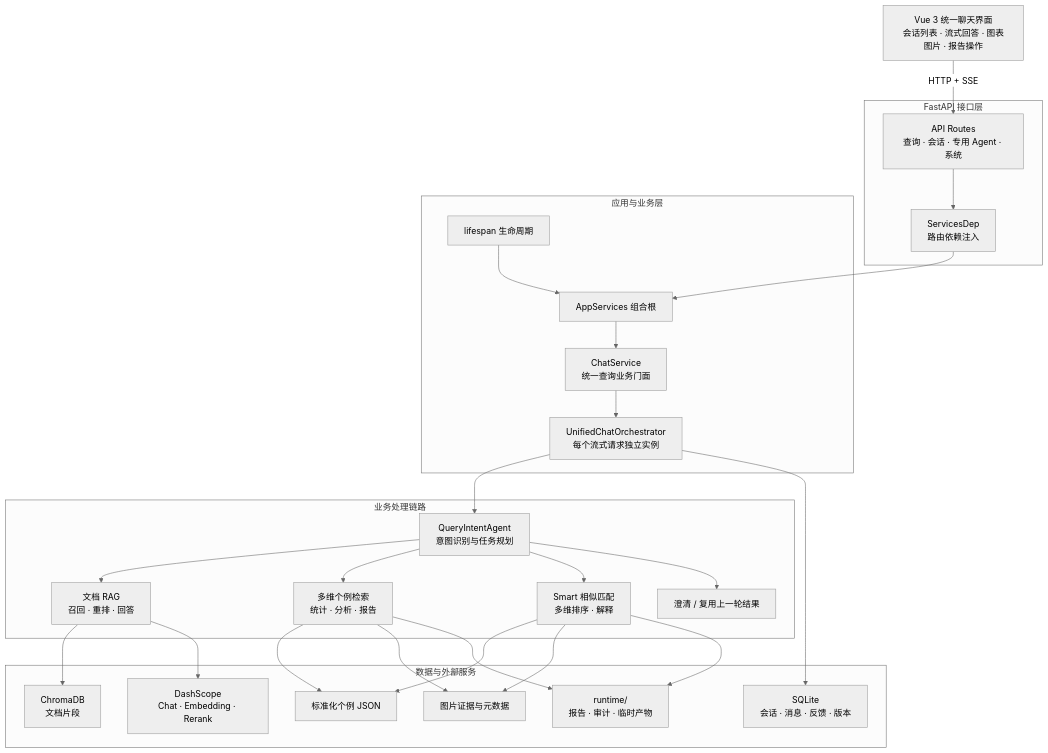
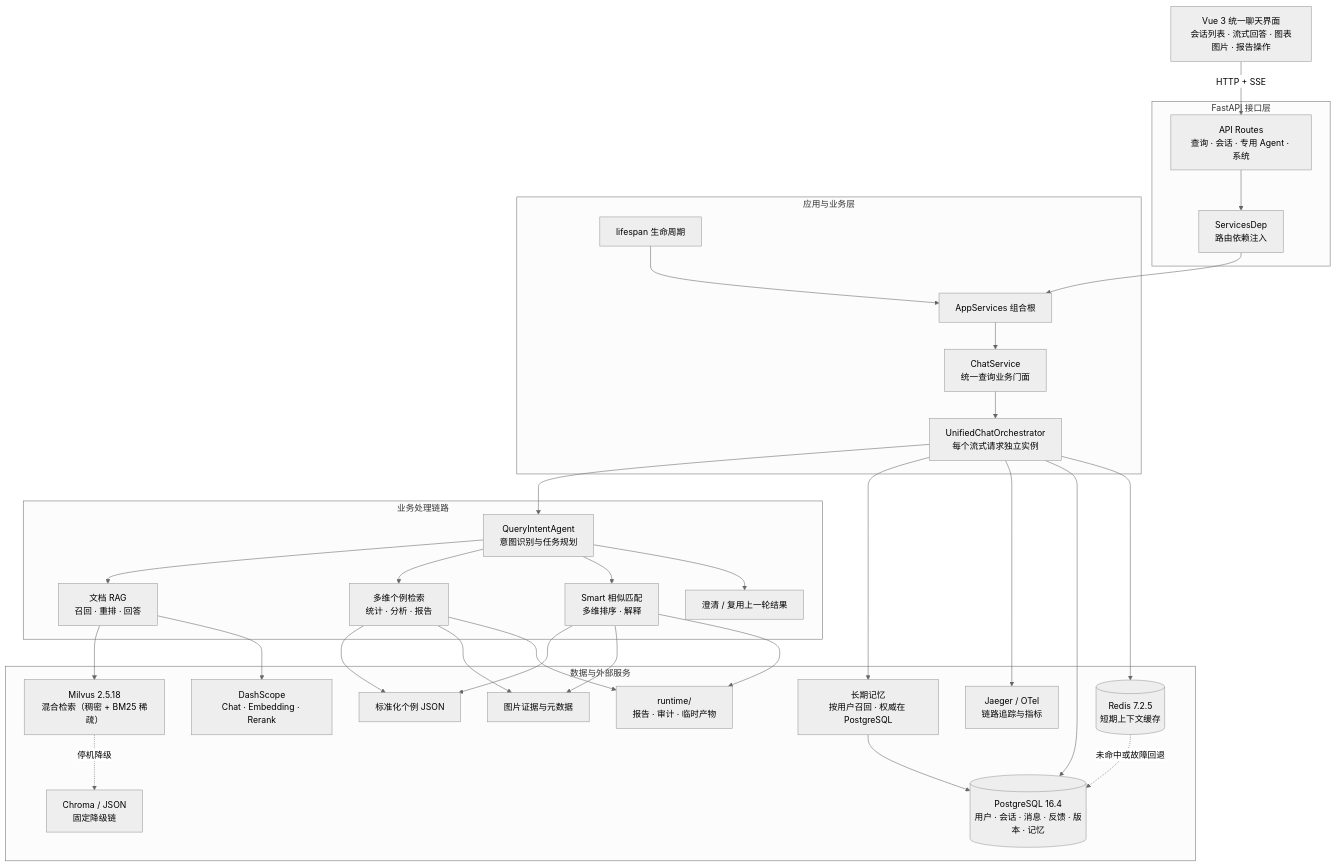
One commit to gongyanhe78-collab/TQ-Agent changed the diagram in README.md. Above: the diagram before and after it, drawn with Mermaid (neutral theme). The commit also changed other lines of this file and 161 other files, not shown here.

````diff
--- a/README.md
+++ b/README.md
@@ -59,54 +72,64 @@
 ```mermaid
 flowchart TD
     UI["Vue 3 统一聊天界面<br/>会话列表 · 流式回答 · 图表图片 · 报告操作"]
 
     subgraph API["FastAPI 接口层"]
         ROUTES["API Routes<br/>查询 · 会话 · 专用 Agent · 系统"]
         DEP["ServicesDep<br/>路由依赖注入"]
     end
 
     subgraph APP["应用与业务层"]
         LIFE["lifespan 生命周期"]
         CONTAINER["AppServices 组合根"]
         CHAT["ChatService<br/>统一查询业务门面"]
         ORCH["UnifiedChatOrchestrator<br/>每个流式请求独立实例"]
     end
 
     subgraph AGENTS["业务处理链路"]
         INTENT["QueryIntentAgent<br/>意图识别与任务规划"]
         RAG["文档 RAG<br/>召回 · 重排 · 回答"]
         MULTI["多维个例检索<br/>统计 · 分析 · 报告"]
         SMART["Smart 相似匹配<br/>多维排序 · 解释"]
         CONTROL["澄清 / 复用上一轮结果"]
     end
 
     subgraph DATA["数据与外部服务"]
-        CHROMA["ChromaDB<br/>文档片段"]
+        MILVUS["Milvus 2.5.18<br/>混合检索（稠密 + BM25 稀疏）"]
+        CHROMA["Chroma / JSON<br/>固定降级链"]
         CASES["标准化个例 JSON"]
         IMAGES["图片证据与元数据"]
-        SESSIONS["SQLite<br/>会话 · 消息 · 反馈 · 版本"]
+        SESSIONS[("PostgreSQL 16.4<br/>用户 · 会话 · 消息 · 反馈 · 版本 · 记忆")]
+        CACHE[("Redis 7.2.5<br/>短期上下文缓存")]
+        MEMORY["长期记忆<br/>按用户召回 · 权威在 PostgreSQL"]
+        TRACE["Jaeger / OTel<br/>链路追踪与指标"]
         MODELS["DashScope<br/>Chat · Embedding · Rerank"]
         RUNTIME["runtime/<br/>报告 · 审计 · 临时产物"]
     end
 
     UI -->|"HTTP + SSE"| ROUTES
     LIFE --> CONTAINER
     ROUTES --> DEP
     DEP --> CONTAINER
     CONTAINER --> CHAT
     CHAT --> ORCH
     ORCH --> INTENT
     INTENT --> RAG
     INTENT --> MULTI
     INTENT --> SMART
     INTENT --> CONTROL
-    RAG --> CHROMA
+    RAG --> MILVUS
+    MILVUS -.->|停机降级| CHROMA
+    ORCH --> MEMORY
+    MEMORY --> SESSIONS
+    ORCH --> TRACE
     RAG --> MODELS
     MULTI --> CASES
     MULTI --> IMAGES
     SMART --> CASES
     SMART --> IMAGES
     ORCH --> SESSIONS
+    ORCH --> CACHE
+    CACHE -.->|未命中或故障回退| SESSIONS
     MULTI --> RUNTIME
     SMART --> RUNTIME
 ```
````
